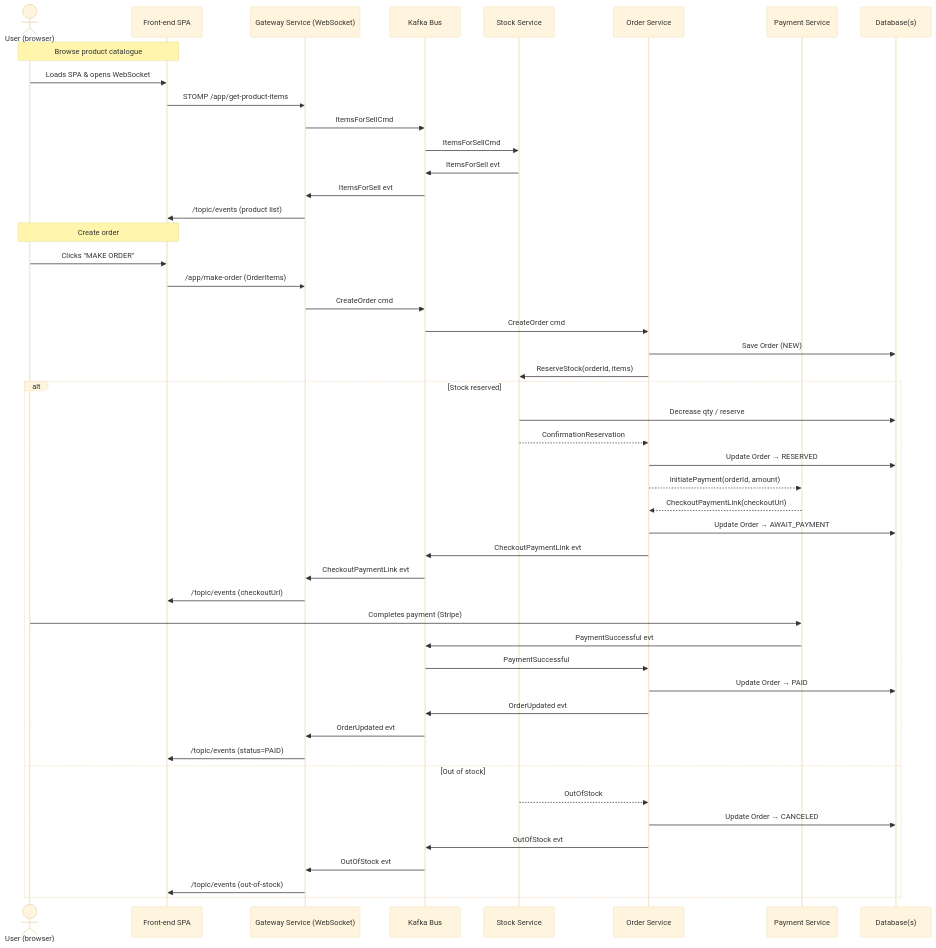
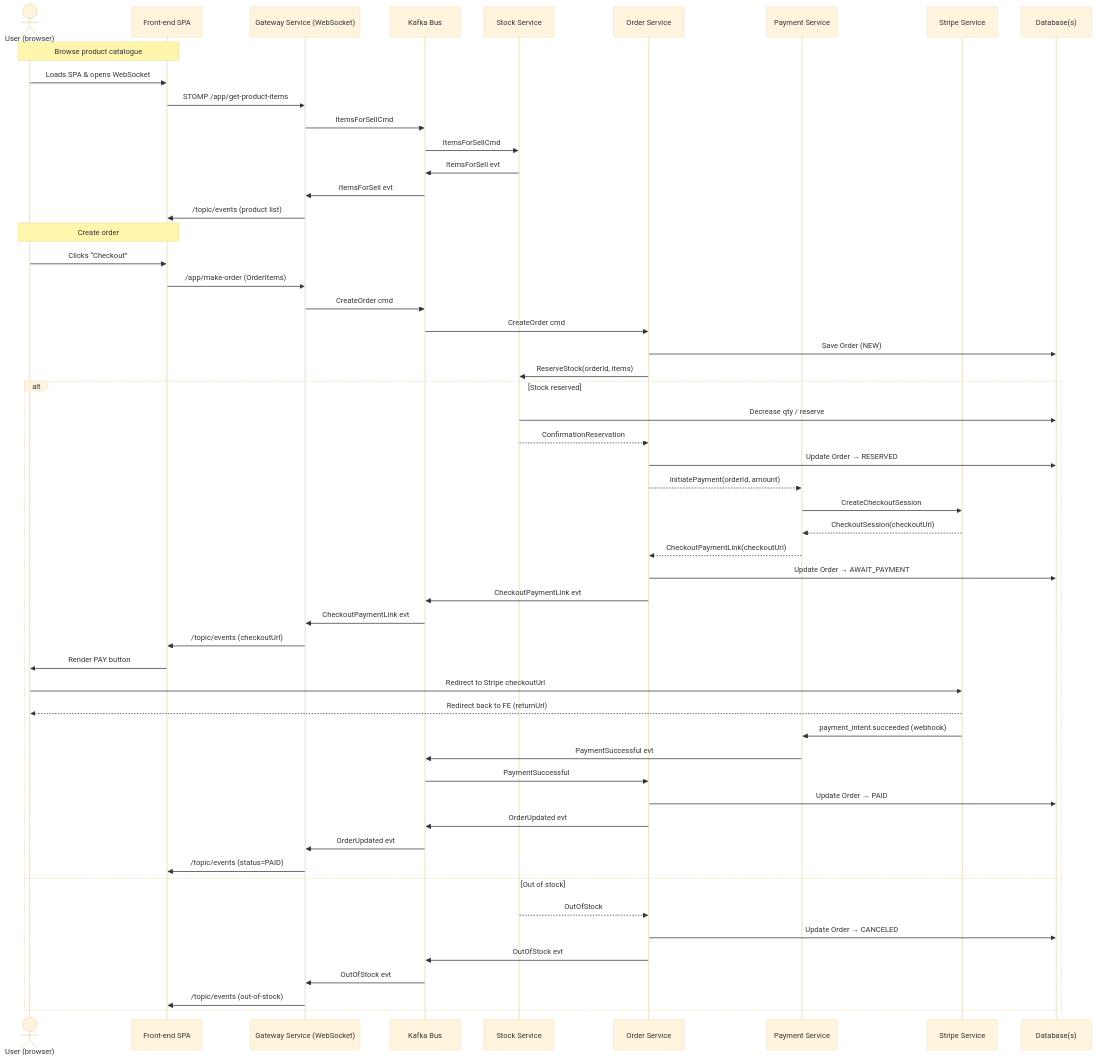
One commit to developer-stepanov/shop-platform changed the diagram in README.md. Above: the diagram before and after it, drawn with Mermaid (base theme).

Commit message:
Add "README.md" file

````diff
--- a/README.md
+++ b/README.md
@@ -9,56 +9,64 @@
 ```mermaid
 sequenceDiagram
     actor U  as User (browser)
     participant FE as Front‑end SPA
     participant GW as Gateway Service (WebSocket)
     participant K  as Kafka Bus
     participant SS as Stock Service
     participant OS as Order Service
     participant PS as Payment Service
+    participant ST as Stripe Service
     participant DB as Database(s)
 
     %% ---------------- 1. Catalogue ----------------
     Note over U,FE: Browse product catalogue
     U ->> FE: Loads SPA & opens WebSocket
     FE ->> GW: STOMP /app/get-product-items
     GW ->> K: ItemsForSellCmd
     K  ->> SS: ItemsForSellCmd
     SS ->> K: ItemsForSell evt
     K  ->> GW: ItemsForSell evt
     GW ->> FE: /topic/events (product list)
 
     %% ---------------- 2. Create Order ----------------
     Note over U,FE: Create order
-    U ->> FE: Clicks "MAKE ORDER"
+    U ->> FE: Clicks “Checkout”
     FE ->> GW: /app/make-order (OrderItems)
     GW ->> K: CreateOrder cmd
     K  ->> OS: CreateOrder cmd
     OS ->> DB: Save Order (NEW)
     OS ->> SS: ReserveStock(orderId, items)
 
     %% ----- 2a. Stock reserved branch -----
     alt Stock reserved
         SS ->> DB: Decrease qty / reserve
         SS -->> OS: ConfirmationReservation
         OS ->> DB: Update Order → RESERVED
         OS -->> PS: InitiatePayment(orderId, amount)
+        PS ->> ST: CreateCheckoutSession
+        ST -->> PS: CheckoutSession(checkoutUrl)
         PS -->> OS: CheckoutPaymentLink(checkoutUrl)
         OS ->> DB: Update Order → AWAIT_PAYMENT
         OS ->> K: CheckoutPaymentLink evt
         K  ->> GW: CheckoutPaymentLink evt
         GW ->> FE: /topic/events (checkoutUrl)
-        U  ->> PS: Completes payment (Stripe)
+        FE ->> U: Render PAY button
+        U  ->> ST: Redirect to Stripe checkoutUrl
+        ST -->> U: Redirect back to FE (returnUrl)
+        ST ->> PS: payment_intent.succeeded (webhook)
         PS ->> K: PaymentSuccessful evt
         K  ->> OS: PaymentSuccessful
         OS ->> DB: Update Order → PAID
         OS ->> K: OrderUpdated evt
         K  ->> GW: OrderUpdated evt
         GW ->> FE: /topic/events (status=PAID)
+    %% --- Highlight Out-of-stock path ---
     else Out of stock
         SS -->> OS: OutOfStock
         OS ->> DB: Update Order → CANCELED
         OS ->> K: OutOfStock evt
         K  ->> GW: OutOfStock evt
         GW ->> FE: /topic/events (out‑of‑stock)
     end
+    %% --- End highlight ---
 ```
````
